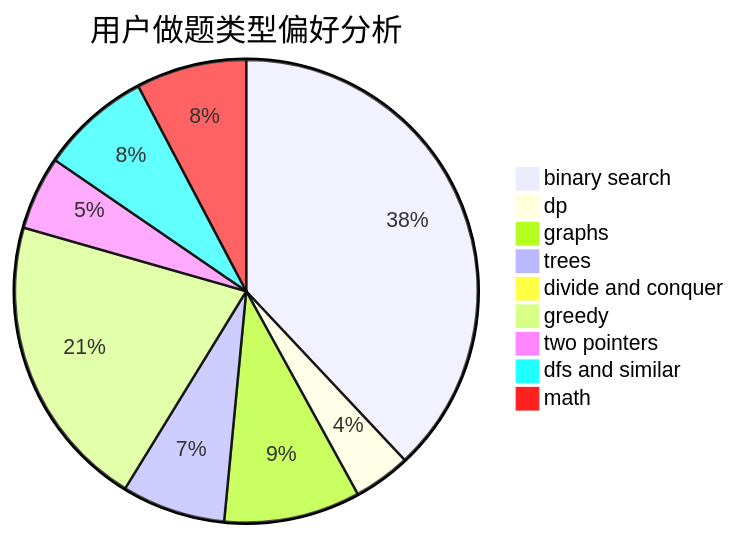
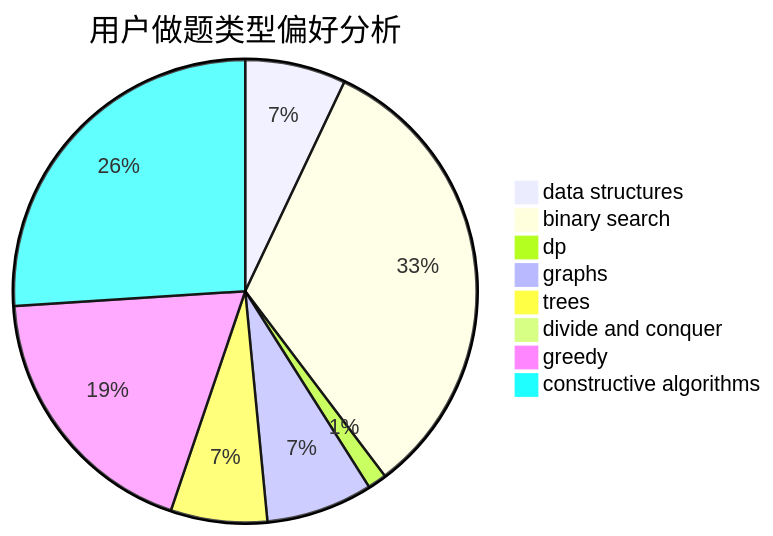
The second of 3 diagrams in docs/user/u2017.md (sherpahu/cfrs.github.io), drawn with Mermaid before and after one commit. The commit also changed other lines of this file and 2775 other files, not shown here.

````diff
--- a/docs/user/u2017.md
+++ b/docs/user/u2017.md
@@ -23,12 +23,11 @@
 ```mermaid
 pie title 用户做题类型偏好分析
-    "binary search" :  399
-    "dp" :  42
-    "graphs" :  100
-    "trees" :  76
-    "divide and conquer" :  7
-    "greedy" :  217
-    "two pointers" :  54
-    "dfs and similar" :  81
-    "math" :  81
+    "data structures" :  69
+    "binary search" :  320
+    "dp" :  13
+    "graphs" :  73
+    "trees" :  66
+    "divide and conquer" :  0
+    "greedy" :  184
+    "constructive algorithms" :  255
 ```
````
